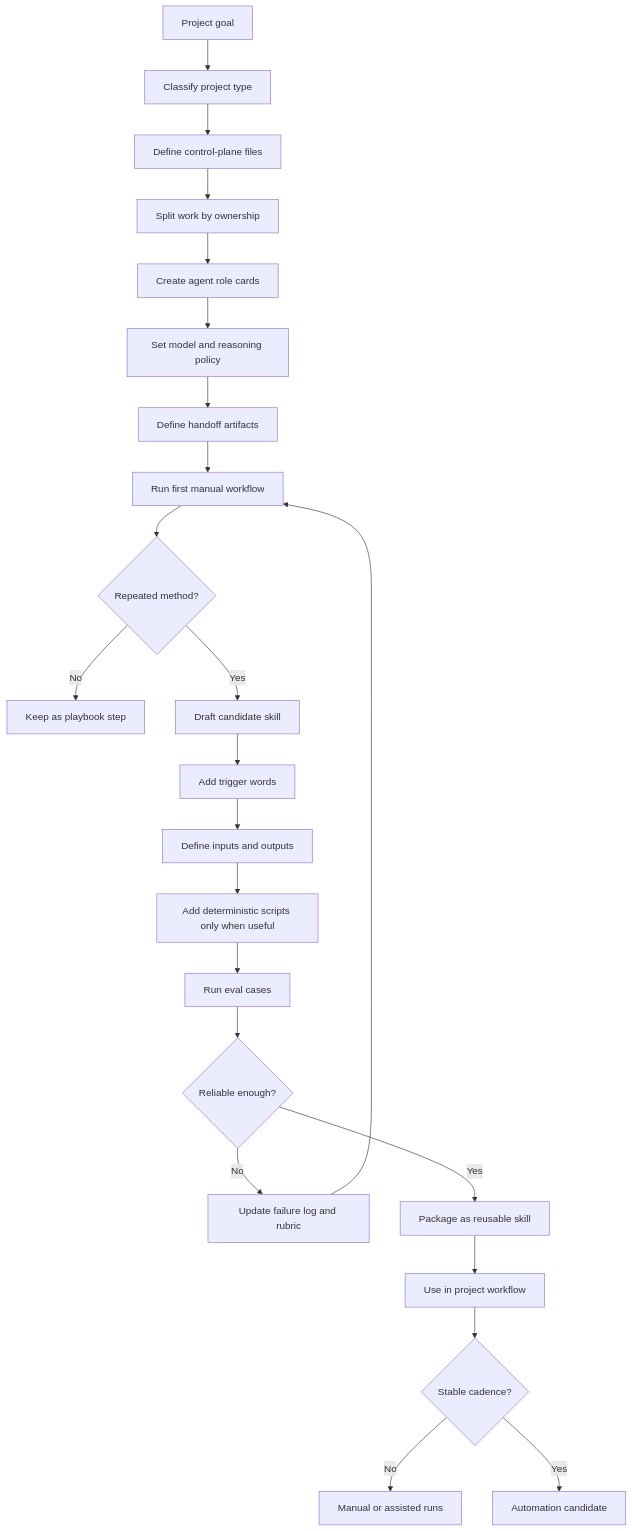
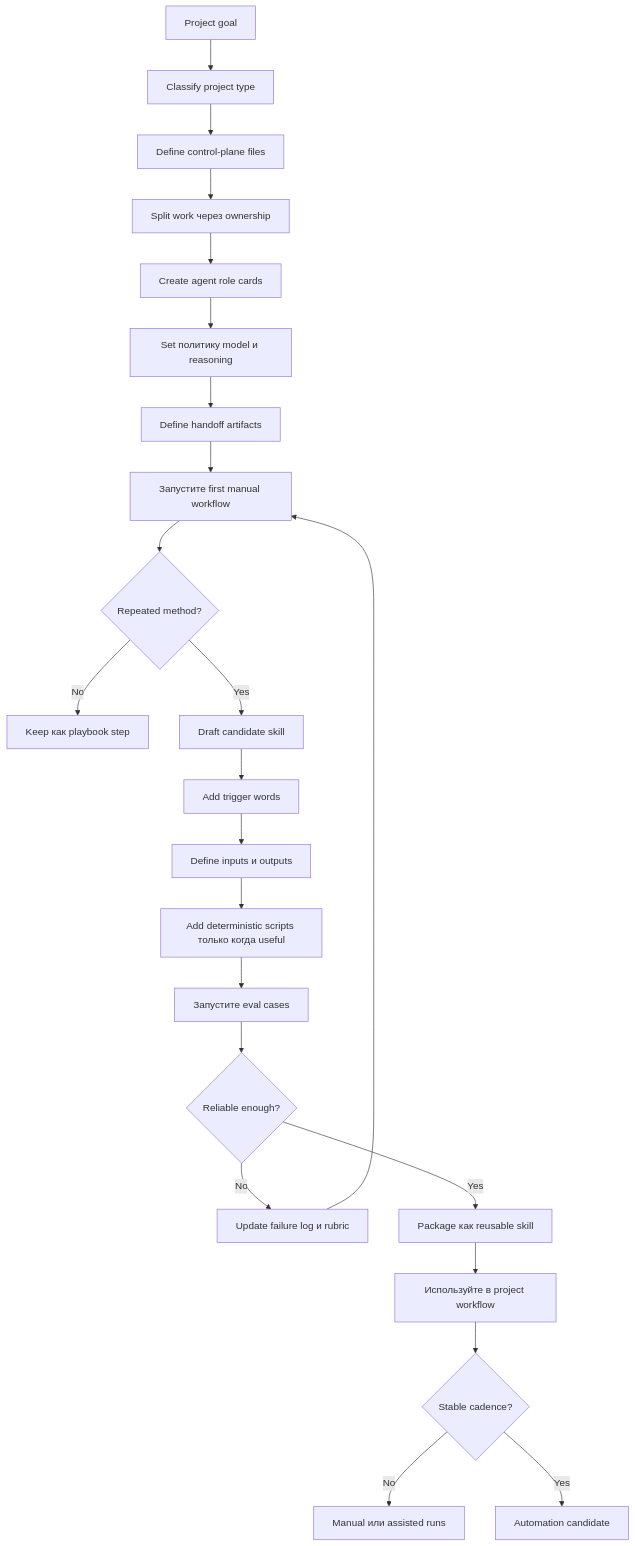
Before and after one commit to alexroadcaster/product-agent-os: the diagram in docs/diagrams/agent-team-and-skills.md, drawn with Mermaid. The commit also changed other lines of this file and 447 other files, not shown here.

````diff
--- a/docs/diagrams/agent-team-and-skills.md
+++ b/docs/diagrams/agent-team-and-skills.md
@@ -11,25 +11,25 @@
 ```mermaid
 flowchart TD
     A["Project goal"] --> B["Classify project type"]
     B --> C["Define control-plane files"]
-    C --> D["Split work by ownership"]
+    C --> D["Split work через ownership"]
     D --> E["Create agent role cards"]
-    E --> MP["Set model and reasoning policy"]
+    E --> MP["Set политику model и reasoning"]
     MP --> F["Define handoff artifacts"]
-    F --> G["Run first manual workflow"]
+    F --> G["Запустите first manual workflow"]
     G --> H{"Repeated method?"}
-    H -->|No| I["Keep as playbook step"]
+    H -->|No| I["Keep как playbook step"]
     H -->|Yes| J["Draft candidate skill"]
     J --> K["Add trigger words"]
-    K --> L["Define inputs and outputs"]
-    L --> M["Add deterministic scripts only when useful"]
-    M --> N["Run eval cases"]
+    K --> L["Define inputs и outputs"]
+    L --> M["Add deterministic scripts только когда useful"]
+    M --> N["Запустите eval cases"]
     N --> O{"Reliable enough?"}
-    O -->|No| P["Update failure log and rubric"]
+    O -->|No| P["Update failure log и rubric"]
     P --> G
-    O -->|Yes| Q["Package as reusable skill"]
-    Q --> R["Use in project workflow"]
+    O -->|Yes| Q["Package как reusable skill"]
+    Q --> R["Используйте в project workflow"]
     R --> S{"Stable cadence?"}
-    S -->|No| T["Manual or assisted runs"]
+    S -->|No| T["Manual или assisted runs"]
     S -->|Yes| U["Automation candidate"]
 ```
````
